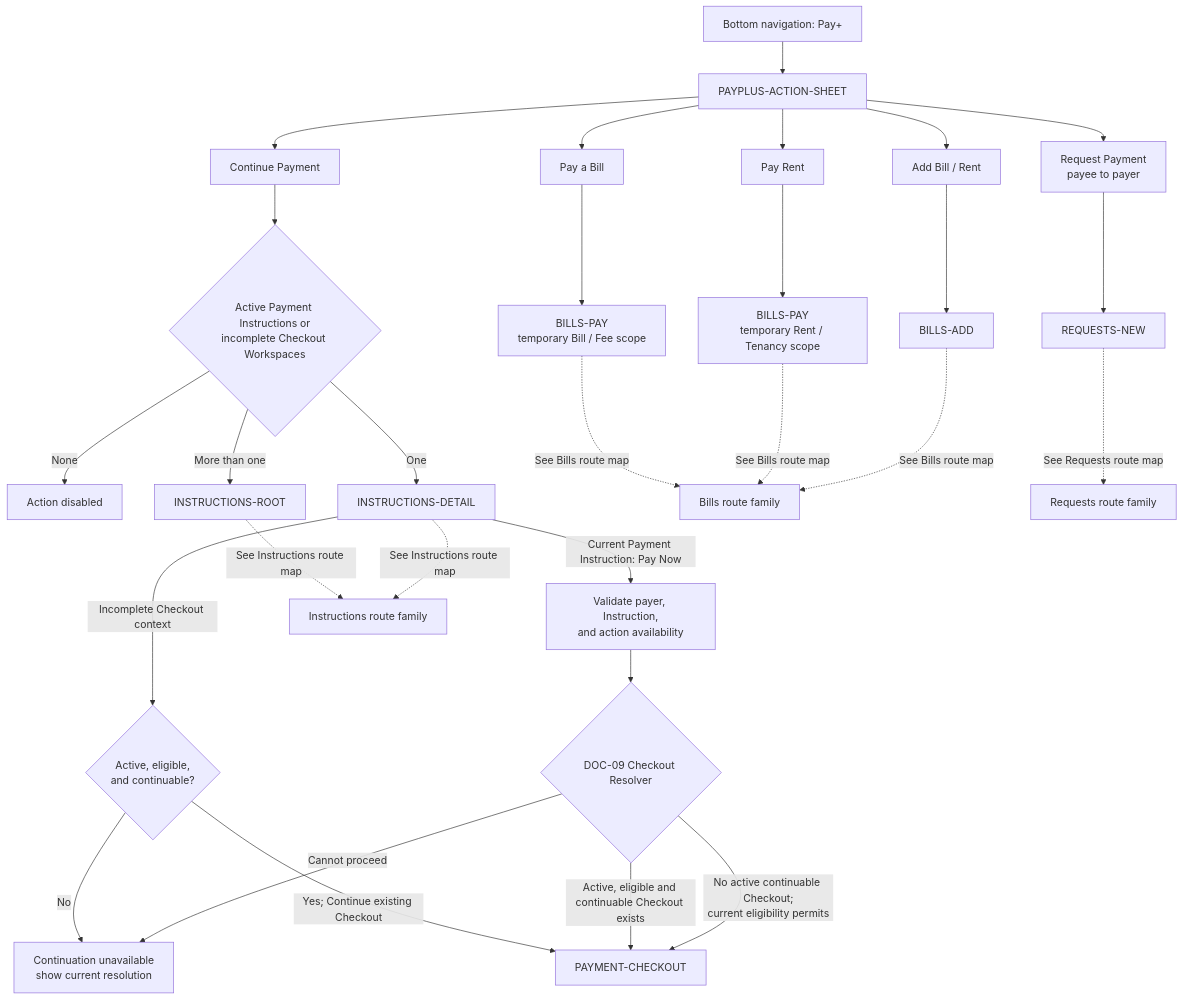
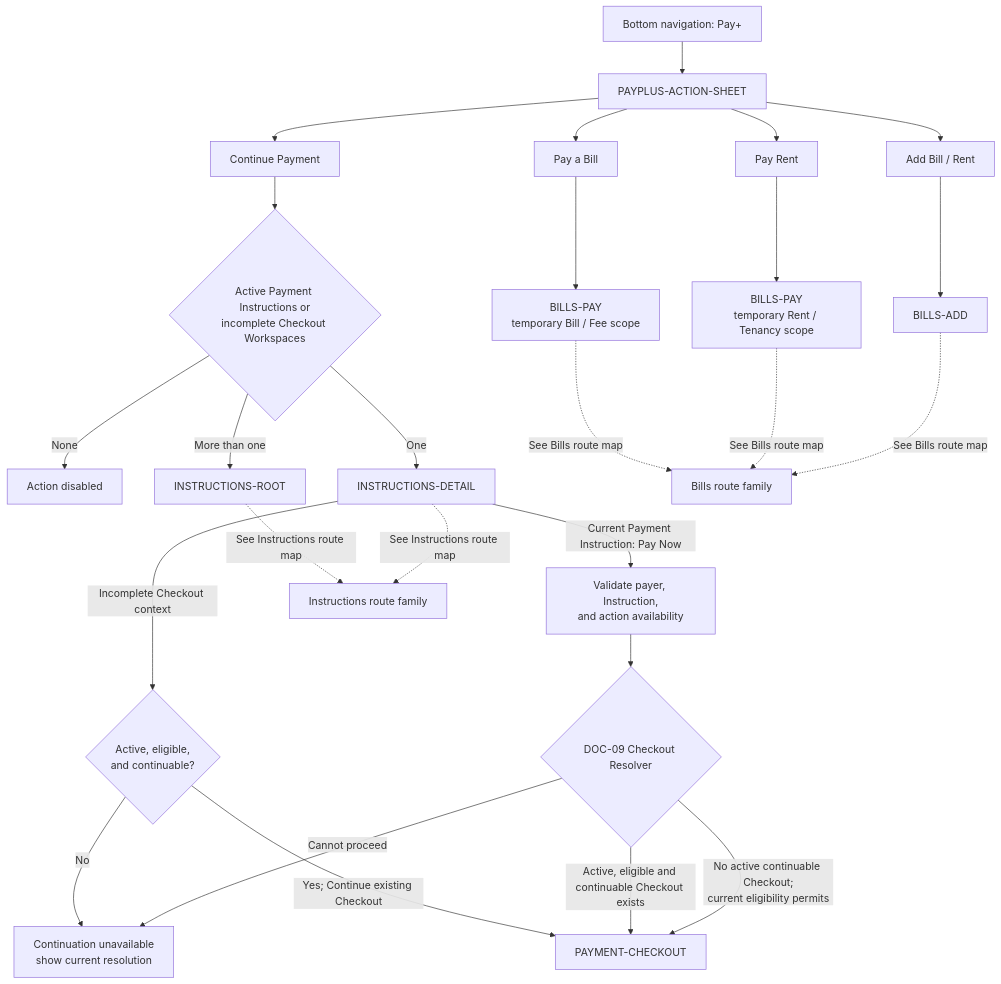
The diagram in docs/diagrams/routes/payplus-action-sheet-route-map.md (adminpayplus/payplus-docs), drawn with Mermaid before and after one commit. The commit also changed other lines of this file and 36 other files, not shown here.

Commit message:
docs: align payer-only Bill and Rent architecture

````diff
--- a/docs/diagrams/routes/payplus-action-sheet-route-map.md
+++ b/docs/diagrams/routes/payplus-action-sheet-route-map.md
@@ -9,38 +9,35 @@
 ```mermaid
 flowchart TD
   PLUS["Bottom navigation: Pay+"] --> SHEET["PAYPLUS-ACTION-SHEET"]
 
   SHEET --> BILL["Pay a Bill"]
   SHEET --> RENT["Pay Rent"]
   SHEET --> ADD["Add Bill / Rent"]
   SHEET --> CONTINUE["Continue Payment"]
-  SHEET --> REQUEST["Request Payment<br/>payee to payer"]
 
   BILL --> BILLPAY["BILLS-PAY<br/>temporary Bill / Fee scope"]
   RENT --> RENTPAY["BILLS-PAY<br/>temporary Rent / Tenancy scope"]
   ADD --> BILLSADD["BILLS-ADD"]
-  REQUEST --> REQUESTNEW["REQUESTS-NEW"]
 
   CONTINUE --> COUNT{"Active Payment Instructions or<br/>incomplete Checkout Workspaces"}
   COUNT -->|"None"| DISABLED["Action disabled"]
   COUNT -->|"One"| DETAIL["INSTRUCTIONS-DETAIL"]
   COUNT -->|"More than one"| ROOT["INSTRUCTIONS-ROOT"]
 
   DETAIL -->|"Incomplete Checkout context"| ALLOWED{"Active, eligible,<br/>and continuable?"}
   ALLOWED -->|"No"| VISIBLE["Continuation unavailable<br/>show current resolution"]
   ALLOWED -->|"Yes; Continue existing Checkout"| CHECKOUT["PAYMENT-CHECKOUT"]
 
   DETAIL -->|"Current Payment Instruction: Pay Now"| IPVALID["Validate payer, Instruction,<br/>and action availability"]
   IPVALID --> RESOLVER{"DOC-09 Checkout Resolver"}
   RESOLVER -->|"Active, eligible and continuable Checkout exists"| CHECKOUT
   RESOLVER -->|"No active continuable Checkout;<br/>current eligibility permits"| CHECKOUT
   RESOLVER -->|"Cannot proceed"| VISIBLE
 
   BILLPAY -. "See Bills route map" .-> BILLSFAMILY["Bills route family"]
   RENTPAY -. "See Bills route map" .-> BILLSFAMILY
   BILLSADD -. "See Bills route map" .-> BILLSFAMILY
-  REQUESTNEW -. "See Requests route map" .-> REQUESTFAMILY["Requests route family"]
   ROOT -. "See Instructions route map" .-> INSTRUCTIONFAMILY["Instructions route family"]
   DETAIL -. "See Instructions route map" .-> INSTRUCTIONFAMILY
 
 ```
````
